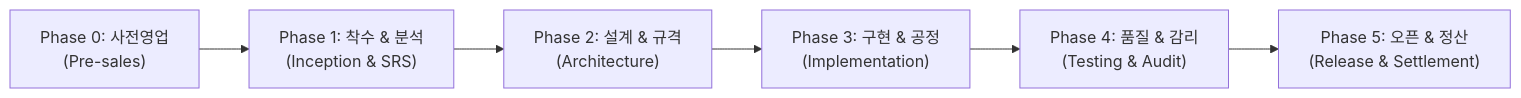
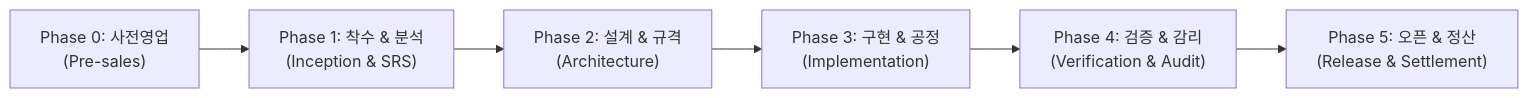
The second of 2 diagrams in ko/methodology/index.md (DramaticCollaboration/doc.github.io), drawn with Mermaid before and after one commit. The commit also changed other lines of this file and 477 other files, not shown here.

````diff
--- a/ko/methodology/index.md
+++ b/ko/methodology/index.md
@@ -78,8 +78,8 @@
 ```mermaid
 flowchart LR
     P0["Phase 0: 사전영업<br/>(Pre-sales)"] --> P1["Phase 1: 착수 & 분석<br/>(Inception & SRS)"]
     P1 --> P2["Phase 2: 설계 & 규격<br/>(Architecture)"]
     P2 --> P3["Phase 3: 구현 & 공정<br/>(Implementation)"]
-    P3 --> P4["Phase 4: 품질 & 감리<br/>(Testing & Audit)"]
+    P3 --> P4["Phase 4: 검증 & 감리<br/>(Verification & Audit)"]
     P4 --> P5["Phase 5: 오픈 & 정산<br/>(Release & Settlement)"]
 ```
````
